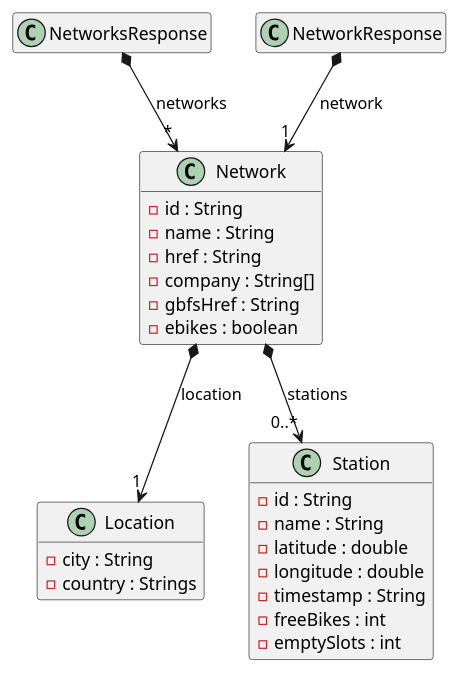
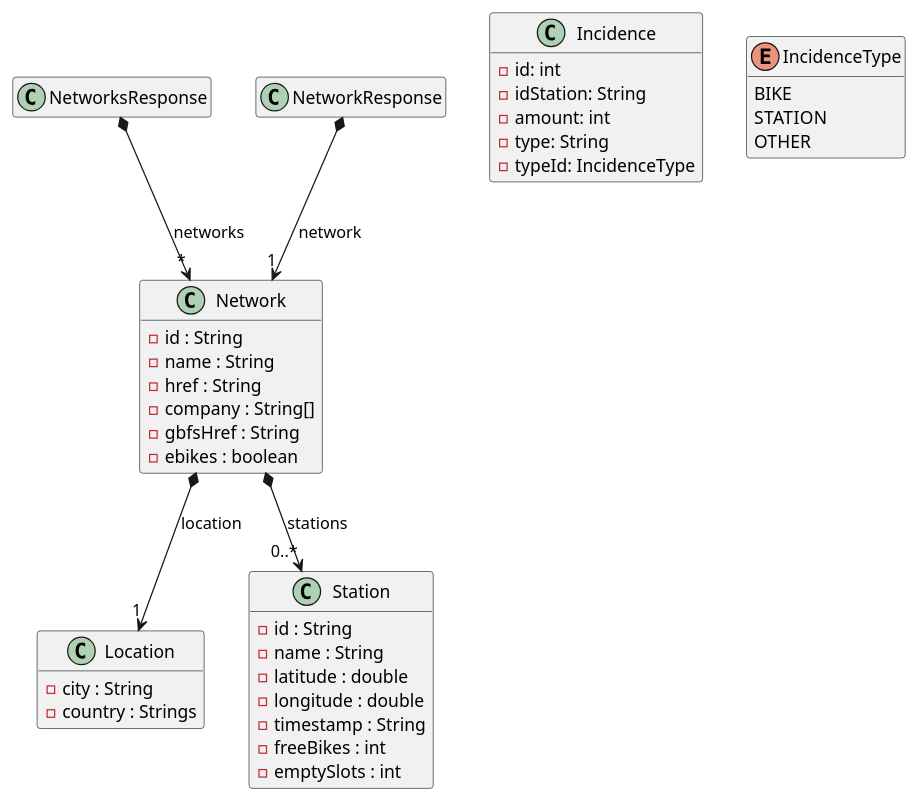
Before and after one commit to isunican/App-Bicis-Grupo1: the diagram in Docs/Models/domain.puml, drawn with PlantUML. The commit also changed 1 other file, not shown here.

```diff
--- a/Docs/Models/domain.puml
+++ b/Docs/Models/domain.puml
@@ -1,42 +1,56 @@
 @startuml
 
 hide empty members
 
 class Network {
     - id : String
     - name : String
     - href : String
     - company : String[]
     - gbfsHref : String
     - ebikes : boolean
 }
 
 class Location {
     - city : String
     - country : Strings
 }
 
 class NetworksResponse {
 
 }
 
 class NetworkResponse {
     
 }
 
 class Station {
     - id : String
     - name : String
     - latitude : double
     - longitude : double
     - timestamp : String
     - freeBikes : int
     - emptySlots : int
 }
 
+class Incidence {
+    - id: int
+    - idStation: String
+    - amount: int
+    - type: String
+    - typeId: IncidenceType
+}
+
+enum IncidenceType {
+    BIKE
+    STATION
+    OTHER
+}
+
 Network *--> "1" Location : location
 Network *--> "0..*" Station : stations
 NetworksResponse *--> "*" Network : networks
 NetworkResponse *--> "1" Network : network
 
 @enduml
```
